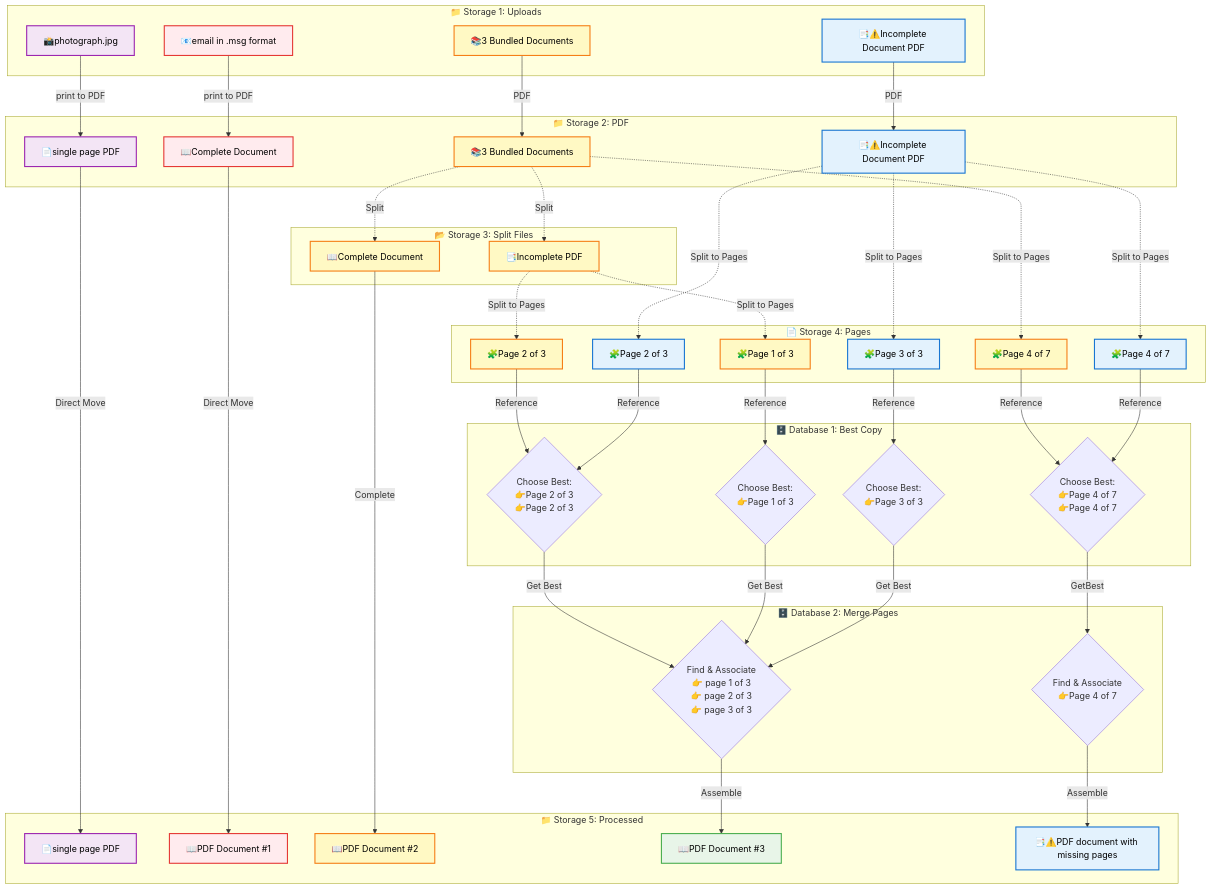
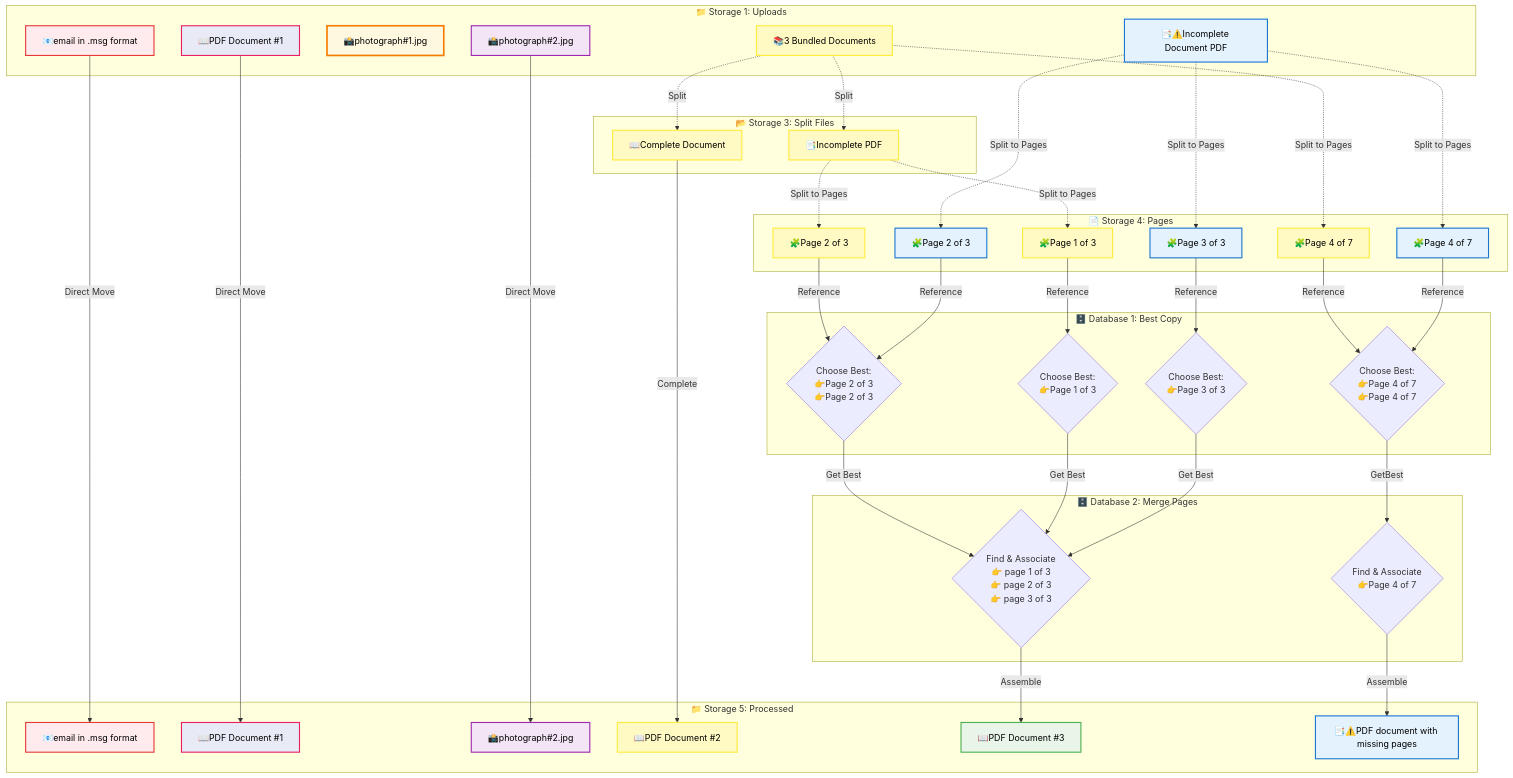
One commit to Mharbulous/Bookkeeper changed the diagram in docs/Document-Processing-Workflow.md. Above: the diagram before and after it, drawn with Mermaid.

Commit message:
REfining process

````diff
--- a/docs/Document-Processing-Workflow.md
+++ b/docs/Document-Processing-Workflow.md
@@ -13,18 +15,12 @@
 ```mermaid
 flowchart TB
     subgraph Col0 ["📁 Storage 1: Uploads"]
-        OnePageUpload["📸photograph.jpg"]
         SingleUpload["📧email in .msg format"]
-        BundleUpload["📚3 Bundled Documents"]
-        IncompleteUpload["📑⚠️Incomplete Document PDF"]
-    end
-
-    subgraph Col1 ["📁 Storage 2: PDF"]
-        OnePage["📄single page PDF"]
-        Single["📖Complete Document"]
+        OnePageUpload["📸photograph#2.jpg"]
+        PhotoOfDoc["📸photograph#1.jpg"]
+        PdfUpload["📖PDF Document #1"]
+        Bundle["📚3 Bundled Documents"]
         Incomplete["📑⚠️Incomplete Document PDF"]
-        Bundle["📚3 Bundled Documents"]
-
     end
 
     subgraph Col2 ["📂 Storage 3: Split Files"]
@@ -48,9 +44,9 @@
     end
 
     subgraph Col5 ["📁 Storage 5: Processed"]
-
-        OnePageComplete["📄single page PDF"]
+        EmailProcessed["📧email in .msg format"]
         CompleteRaw["📖PDF Document #1"]
+        OnePageComplete["📸photograph#2.jpg"]
         CompleteSplit["📖PDF Document #2"]
         CompleteMerged["📖PDF Document #3"]
         IncompleteFinal["📑⚠️PDF document with missing pages"]
@@ -64,16 +60,10 @@
         ChooseBestCopy{"Choose Best:<br/>👉Page 4 of 7<br/>👉Page 4 of 7"}
     end
 
-    %% Flow from Storage 1 to Storage 2 (OCR Processing)
-    OnePageUpload -->|print to PDF| OnePage
-    SingleUpload -->|print to PDF| Single
-    BundleUpload -->|PDF| Bundle
-    IncompleteUpload -->|PDF| Incomplete
-
-    %% Flow from Storage 2
-
-    Single -->|Direct Move| CompleteRaw
-    OnePage -->|Direct Move| OnePageComplete
+    %% Flow from Storage 1 to Storage 5 (Direct Processing)
+    SingleUpload -->|Direct Move| EmailProcessed
+    PdfUpload -->|Direct Move| CompleteRaw
+    OnePageUpload -->|Direct Move| OnePageComplete
 
 
     Bundle -.->|Split| DocA
@@ -119,14 +109,19 @@
 
     %% Color Coding by Document Source/Family
     classDef singleDocFamily fill:#ffebee,stroke:#e53935,stroke-width:2px,color:#000000
-    classDef bundleDocFamily fill:#fff9c4,stroke:#f57f17,stroke-width:2px,color:#000000
+    classDef bundleDocFamily fill:#fff9c4,stroke:#ffeb3b,stroke-width:2px,color:#000000
     classDef incompleteDocFamily fill:#e3f2fd,stroke:#1976d2,stroke-width:2px,color:#000000
     classDef onePageDocFamily fill:#f3e5f5,stroke:#9c27b0,stroke-width:2px,color:#000000
     classDef blendedDocFamily fill:#e8f5e8,stroke:#4caf50,stroke-width:2px,color:#000000
     classDef duplicateNode fill:#fff3e0,stroke:#ff9800,stroke-width:2px,color:#000000
+    classDef photoTwoFamily fill:#fff8e1,stroke:#f57c00,stroke-width:3px,color:#000000
+    classDef pdfDocFamily fill:#e8eaf6,stroke:#e91e63,stroke-width:2px,color:#000000
 
     %% Single Complete Document Family (Light Red)
-    class Single,CompleteRaw singleDocFamily
+    class Single,EmailProcessed singleDocFamily
+
+    %% PDF Document Family (Light Indigo)
+    class CompleteRaw,PdfUpload pdfDocFamily
 
     %% Bundle Document Family (Light Yellow)
     class Bundle,DocA,OnePage_split,DocC,SoloPage1,SoloPage2,CompleteSplit bundleDocFamily
@@ -143,7 +138,9 @@
     %% Storage 1 Upload nodes inherit same colors as their Storage 2 counterparts
     class OnePageUpload onePageDocFamily
     class SingleUpload singleDocFamily
-    class BundleUpload bundleDocFamily
     class IncompleteUpload incompleteDocFamily
 
+    %% Photo Document #2 Family (Light Pink)
+    class PhotoOfDoc photoTwoFamily
+
 ```
````
